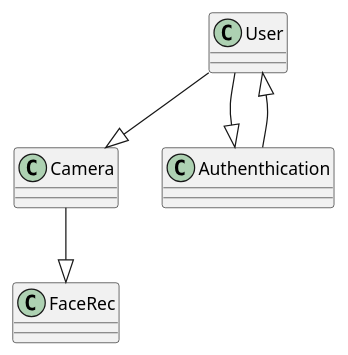
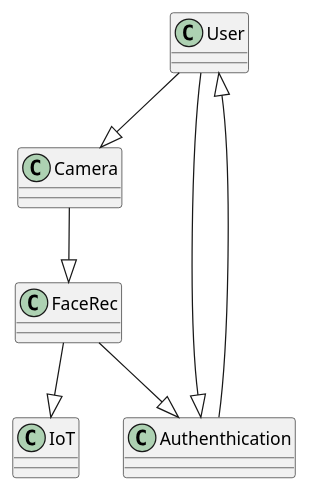
The diagram in README.md (Tuukka-B/IoT-Face-Recognition), drawn with PlantUML before and after one commit.

````diff
--- a/README.md
+++ b/README.md
@@ -114,8 +114,10 @@
 ```plantuml
 @startuml
     User --|> Camera
     Camera --|> FaceRec
+    FaceRec --|> Authenthication
     Authenthication --|> User
     User --|> Authenthication
+    FaceRec --|> IoT
 @enduml
 ```
````
